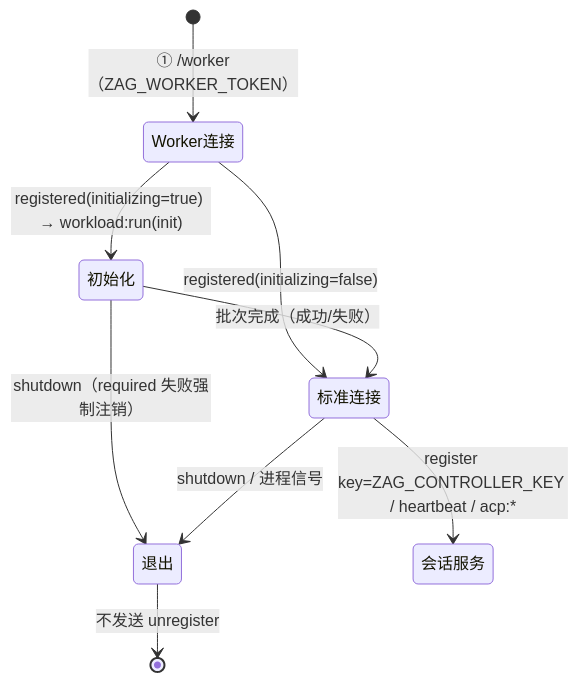
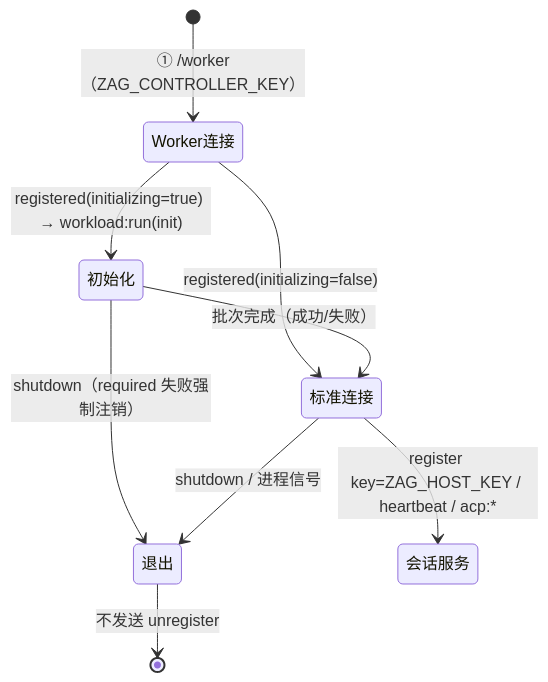
One commit to Deliay/z-agent-gear changed the sixth of 8 diagrams in docs/engineering/plan/20261020-feat-container-harness-support.md. Above: the diagram before and after it, drawn with Mermaid. The commit also changed other lines of this file and 1 other file, not shown here.

````diff
--- a/docs/engineering/plan/20261020-feat-container-harness-support.md
+++ b/docs/engineering/plan/20261020-feat-container-harness-support.md
@@ -586,11 +687,11 @@
 ```mermaid
 stateDiagram-v2
-    [*] --> Worker连接: ① /worker（ZAG_WORKER_TOKEN）
+    [*] --> Worker连接: ① /worker（ZAG_CONTROLLER_KEY）
     Worker连接 --> 初始化: registered(initializing=true) → workload:run(init)
     Worker连接 --> 标准连接: registered(initializing=false)
     初始化 --> 标准连接: 批次完成（成功/失败）
     初始化 --> 退出: shutdown（required 失败强制注销）
-    标准连接 --> 会话服务: register key=ZAG_CONTROLLER_KEY / heartbeat / acp:*
+    标准连接 --> 会话服务: register key=ZAG_HOST_KEY / heartbeat / acp:*
     标准连接 --> 退出: shutdown / 进程信号
     退出 --> [*]: 不发送 unregister
 ```
````
